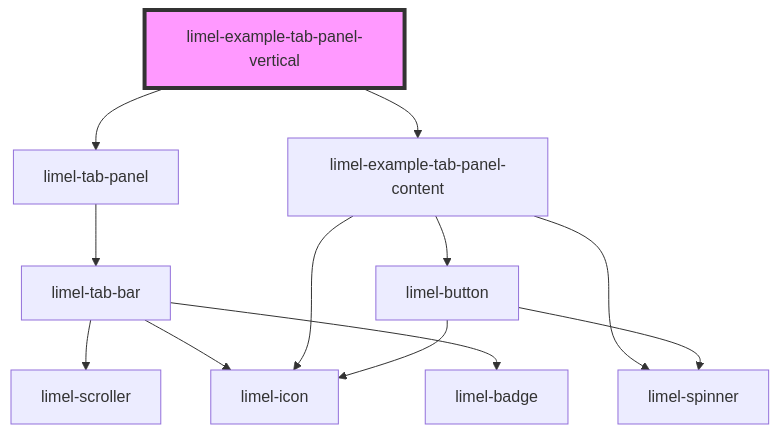
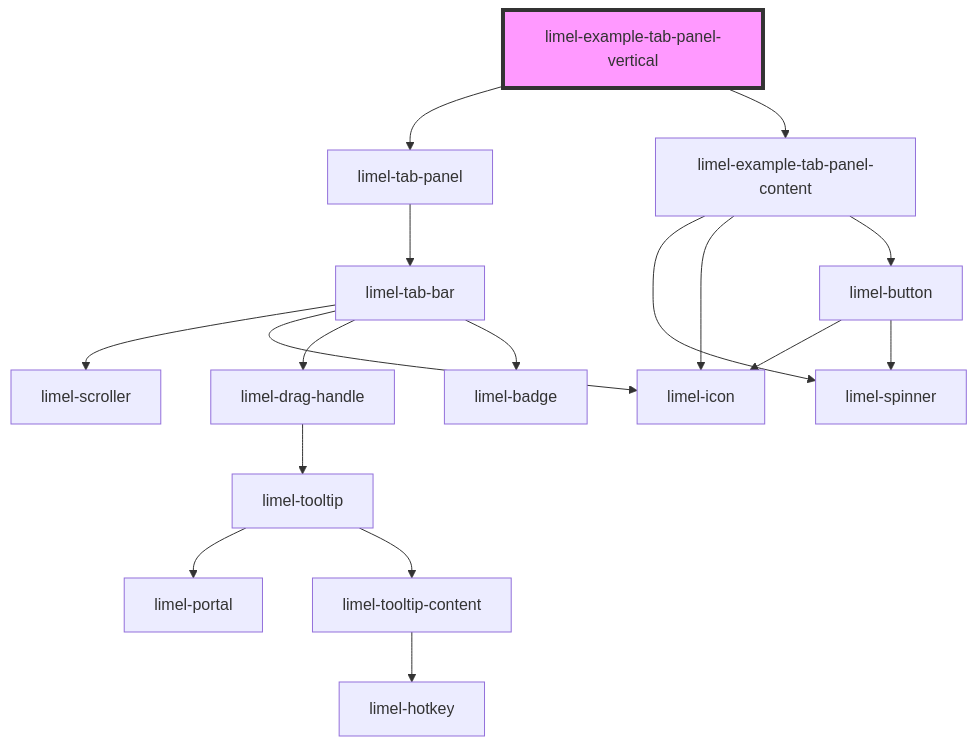
The diagram in versions/PR-4420/markdown-docs/components/tab-panel/examples/readme.md (Lundalogik/lime-elements), drawn with Mermaid before and after one commit. The commit also changed 602 other files, not shown here.

````diff
--- a/versions/PR-4420/markdown-docs/components/tab-panel/examples/readme.md
+++ b/versions/PR-4420/markdown-docs/components/tab-panel/examples/readme.md
@@ -25,15 +25,20 @@
 ```mermaid
 graph TD;
   limel-example-tab-panel-vertical --> limel-tab-panel
   limel-example-tab-panel-vertical --> limel-example-tab-panel-content
   limel-tab-panel --> limel-tab-bar
   limel-tab-bar --> limel-scroller
   limel-tab-bar --> limel-icon
+  limel-tab-bar --> limel-drag-handle
   limel-tab-bar --> limel-badge
+  limel-drag-handle --> limel-tooltip
+  limel-tooltip --> limel-portal
+  limel-tooltip --> limel-tooltip-content
+  limel-tooltip-content --> limel-hotkey
   limel-example-tab-panel-content --> limel-spinner
   limel-example-tab-panel-content --> limel-icon
   limel-example-tab-panel-content --> limel-button
   limel-button --> limel-icon
   limel-button --> limel-spinner
   style limel-example-tab-panel-vertical fill:#f9f,stroke:#333,stroke-width:4px
 ```
````
